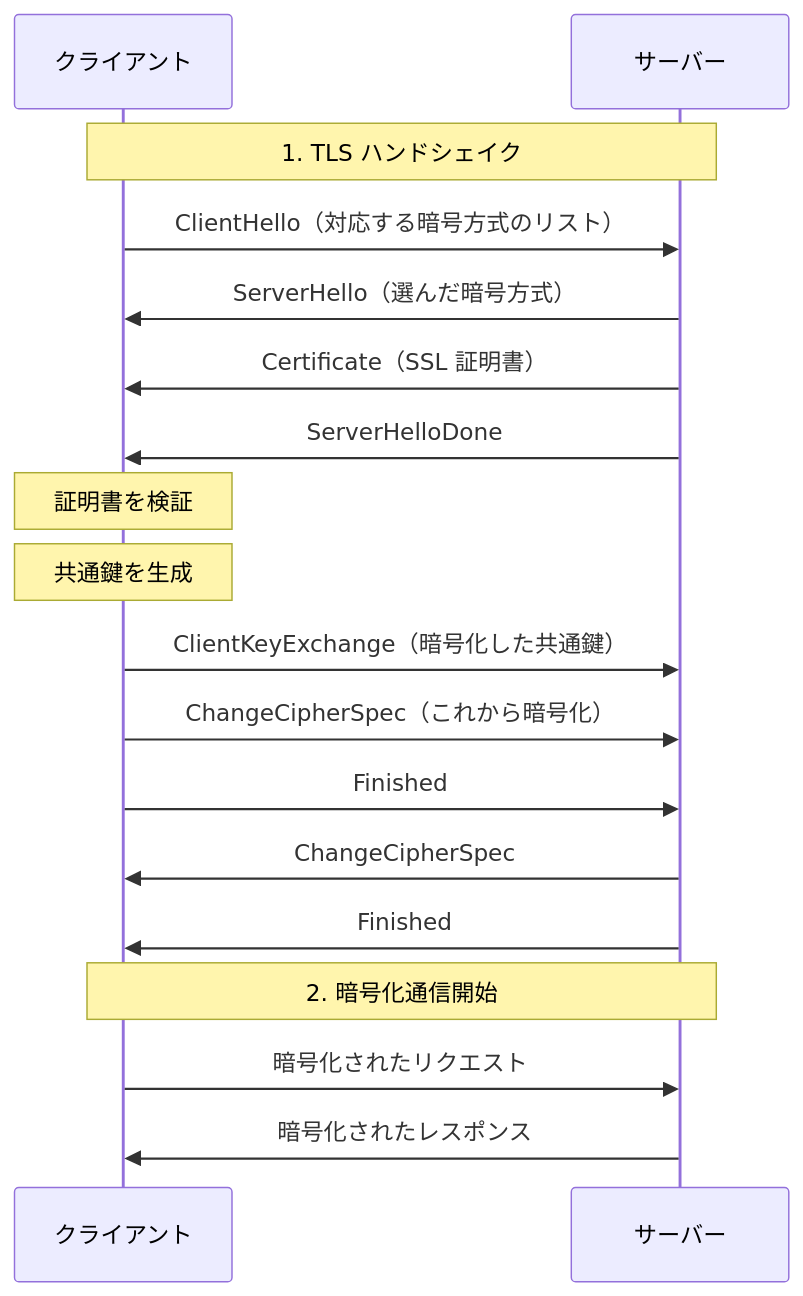
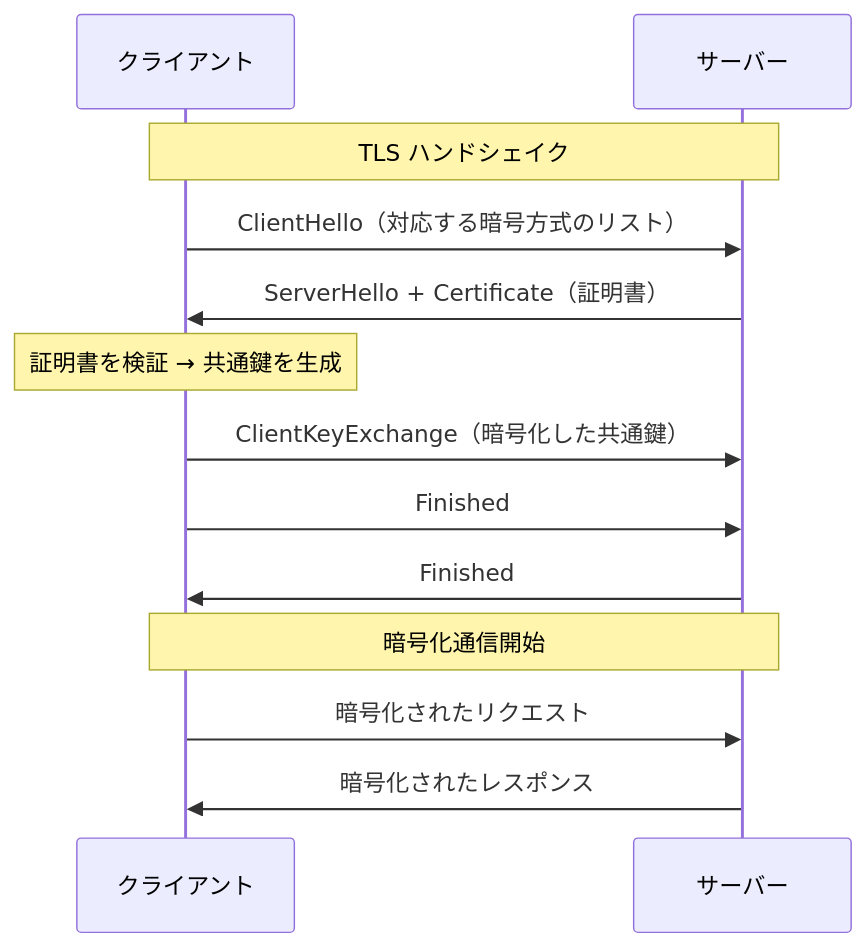
One commit to muratanaoki/party-box changed diagram 13 of 15 in docs/curriculum/02-aws-http.md. Above: the diagram before and after it, drawn with Mermaid. The commit also changed other lines of this file, not shown here.

````diff
--- a/docs/curriculum/02-aws-http.md
+++ b/docs/curriculum/02-aws-http.md
@@ -607,25 +726,19 @@
 ```mermaid
 sequenceDiagram
     participant C as クライアント
     participant S as サーバー
 
-    Note over C,S: 1. TLS ハンドシェイク
+    Note over C,S: TLS ハンドシェイク
     C->>S: ClientHello（対応する暗号方式のリスト）
-    S->>C: ServerHello（選んだ暗号方式）
-    S->>C: Certificate（SSL 証明書）
-    S->>C: ServerHelloDone
+    S->>C: ServerHello + Certificate（証明書）
 
-    Note over C: 証明書を検証
-    Note over C: 共通鍵を生成
+    Note over C: 証明書を検証 → 共通鍵を生成
 
     C->>S: ClientKeyExchange（暗号化した共通鍵）
-    C->>S: ChangeCipherSpec（これから暗号化）
     C->>S: Finished
-
-    S->>C: ChangeCipherSpec
     S->>C: Finished
 
-    Note over C,S: 2. 暗号化通信開始
+    Note over C,S: 暗号化通信開始
     C->>S: 暗号化されたリクエスト
     S->>C: 暗号化されたレスポンス
 ```
````
